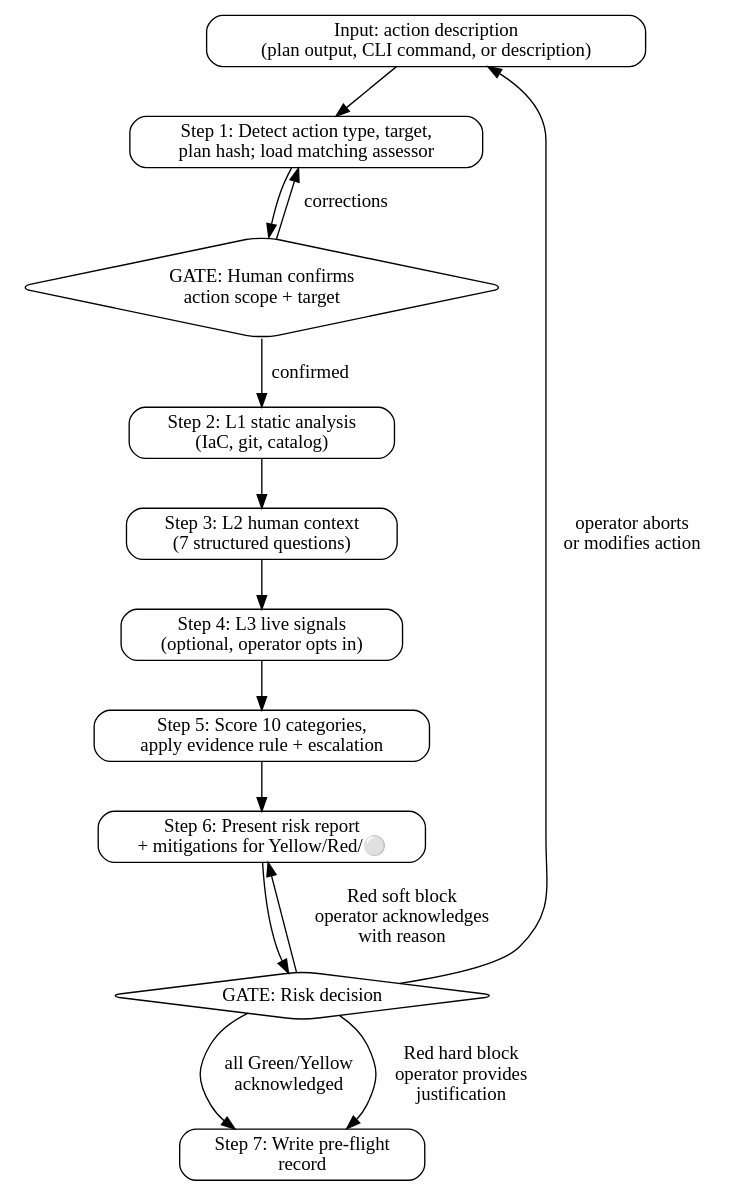
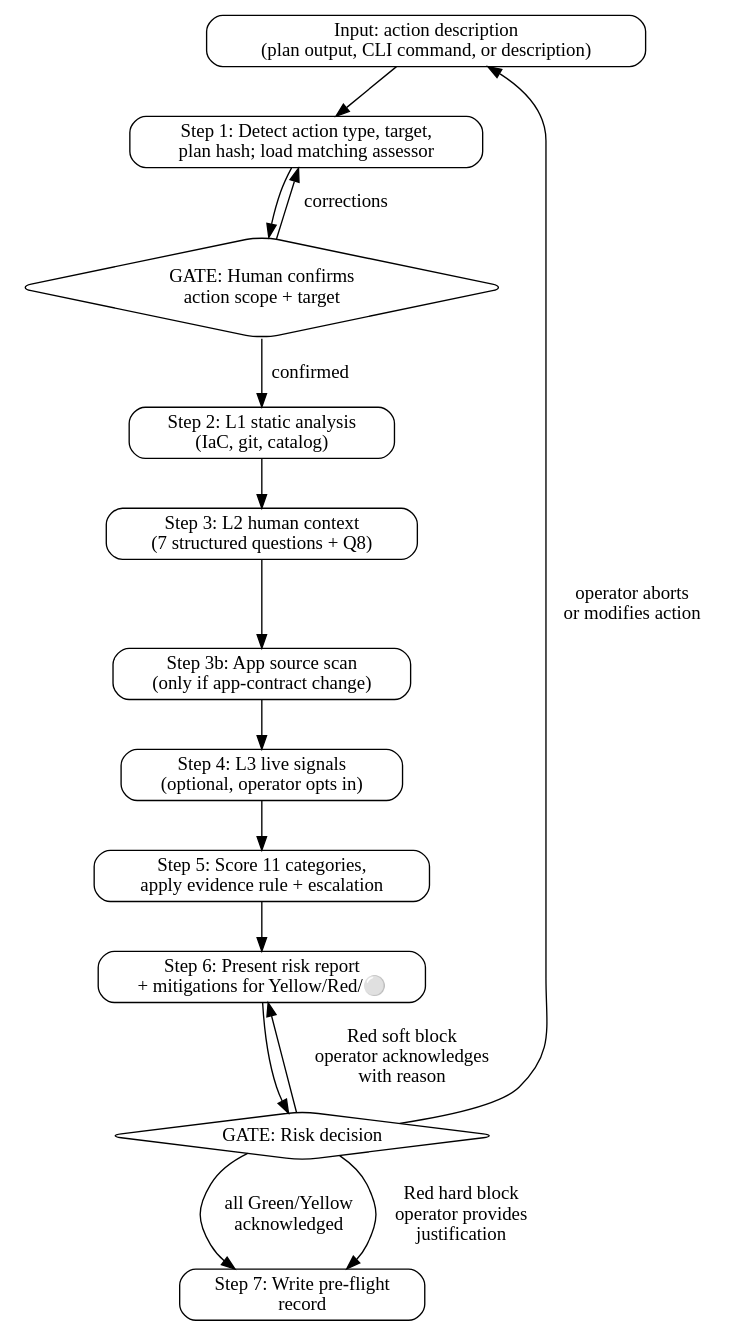
One commit to culiops/culiops-agent changed the diagram in skills/pre-flight/SKILL.md. Above: the diagram before and after it, drawn with Graphviz. The commit also changed other lines of this file and 28 other files, not shown here.

````diff
--- a/skills/pre-flight/SKILL.md
+++ b/skills/pre-flight/SKILL.md
@@ -161,31 +176,33 @@
 ```dot
 digraph preflight {
     rankdir=TB;
     node [shape=box, style=rounded];
 
     input     [label="Input: action description\n(plan output, CLI command, or description)"];
     detect    [label="Step 1: Detect action type, target,\nplan hash; load matching assessor"];
     gate1     [label="GATE: Human confirms\naction scope + target", shape=diamond];
     static    [label="Step 2: L1 static analysis\n(IaC, git, catalog)"];
-    human     [label="Step 3: L2 human context\n(7 structured questions)"];
+    human     [label="Step 3: L2 human context\n(7 structured questions + Q8)"];
+    appsrc    [label="Step 3b: App source scan\n(only if app-contract change)"];
     live      [label="Step 4: L3 live signals\n(optional, operator opts in)"];
-    score     [label="Step 5: Score 10 categories,\napply evidence rule + escalation"];
+    score     [label="Step 5: Score 11 categories,\napply evidence rule + escalation"];
     report    [label="Step 6: Present risk report\n+ mitigations for Yellow/Red/⚪"];
     gate2     [label="GATE: Risk decision", shape=diamond];
     record    [label="Step 7: Write pre-flight\nrecord"];
 
     input -> detect;
     detect -> gate1;
     gate1 -> static    [label="confirmed"];
     gate1 -> detect    [label="corrections"];
     static -> human;
-    human -> live;
+    human -> appsrc;
+    appsrc -> live;
     live -> score;
     score -> report;
     report -> gate2;
     gate2 -> record    [label="all Green/Yellow\nacknowledged"];
     gate2 -> report    [label="Red soft block\noperator acknowledges\nwith reason"];
     gate2 -> record    [label="Red hard block\noperator provides\njustification"];
     gate2 -> input     [label="operator aborts\nor modifies action"];
 }
 ```
````
